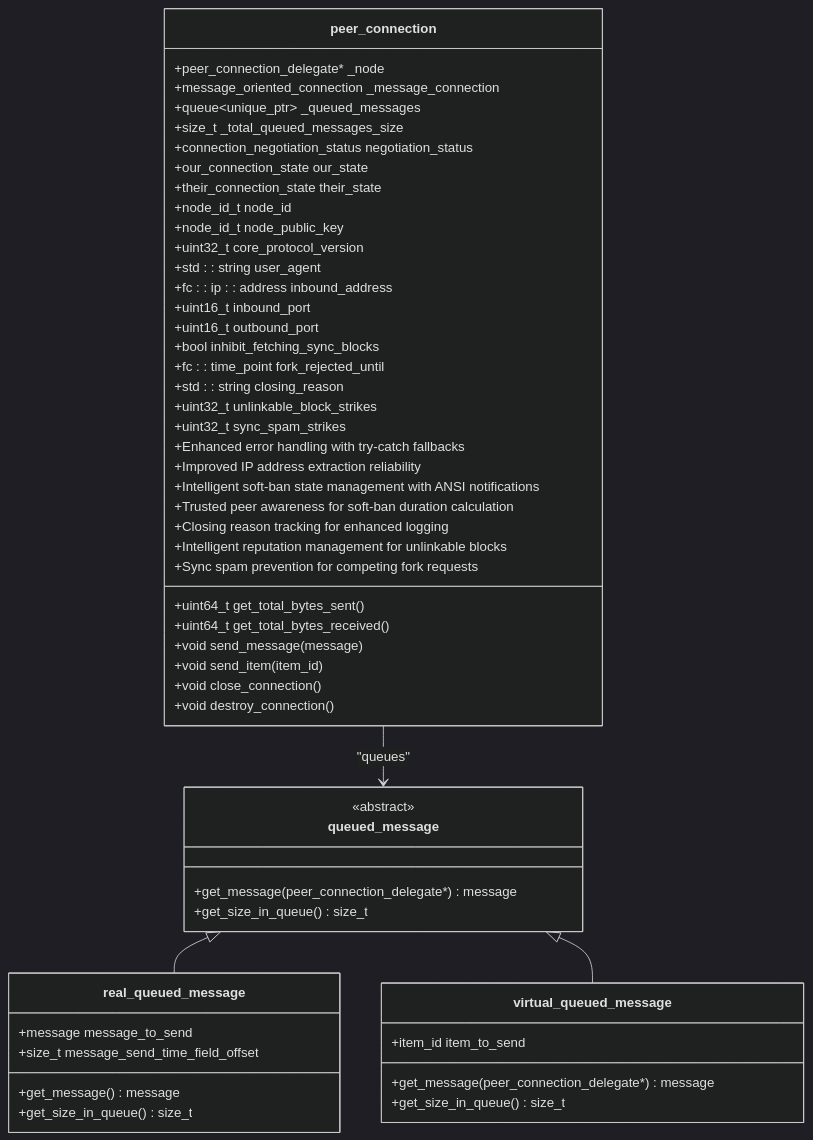
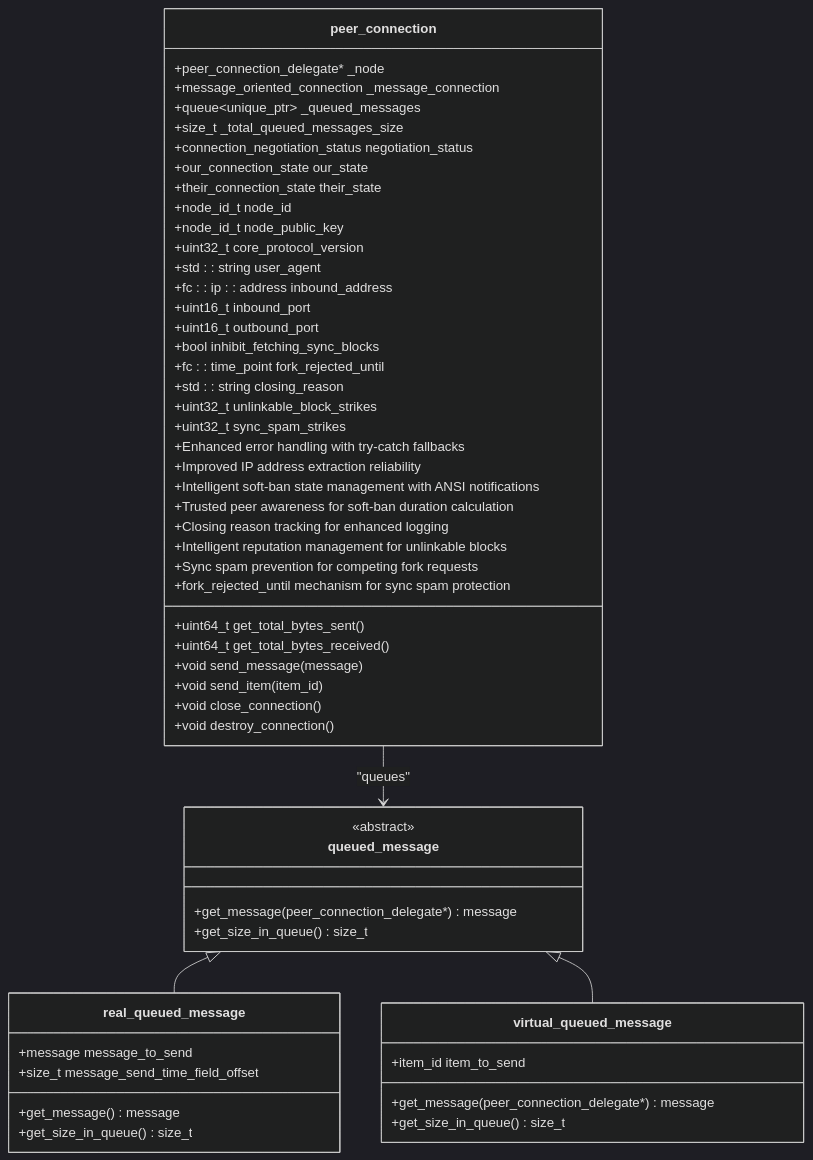
Before and after one commit to VIZ-Blockchain/viz-cpp-node: the third of 14 diagrams in .qoder/repowiki/en/content/Architecture Overview/Core Libraries/Network Library/Peer Connection Management.md, drawn with Mermaid (dark theme). The commit also changed other lines of this file and 2 other files, not shown here.

First line of the commit message:
feat(network): add sync spam prevention with fork_rejected_until mechanism

````diff
--- a/.qoder/repowiki/en/content/Architecture Overview/Core Libraries/Network Library/Peer Connection Management.md
+++ b/.qoder/repowiki/en/content/Architecture Overview/Core Libraries/Network Library/Peer Connection Management.md
@@ -246,56 +247,57 @@
 ```mermaid
 classDiagram
 class peer_connection {
 +peer_connection_delegate* _node
 +message_oriented_connection _message_connection
 +queue~unique_ptr~ _queued_messages
 +size_t _total_queued_messages_size
 +connection_negotiation_status negotiation_status
 +our_connection_state our_state
 +their_connection_state their_state
 +node_id_t node_id
 +node_id_t node_public_key
 +uint32_t core_protocol_version
 +std : : string user_agent
 +fc : : ip : : address inbound_address
 +uint16_t inbound_port
 +uint16_t outbound_port
 +bool inhibit_fetching_sync_blocks
 +fc : : time_point fork_rejected_until
 +std : : string closing_reason
 +uint32_t unlinkable_block_strikes
 +uint32_t sync_spam_strikes
 +uint64_t get_total_bytes_sent()
 +uint64_t get_total_bytes_received()
 +void send_message(message)
 +void send_item(item_id)
 +void close_connection()
 +void destroy_connection()
 +Enhanced error handling with try-catch fallbacks
 +Improved IP address extraction reliability
 +Intelligent soft-ban state management with ANSI notifications
 +Trusted peer awareness for soft-ban duration calculation
 +Closing reason tracking for enhanced logging
 +Intelligent reputation management for unlinkable blocks
 +Sync spam prevention for competing fork requests
++fork_rejected_until mechanism for sync spam protection
 }
 class queued_message {
 <<abstract>>
 +get_message(peer_connection_delegate*) message
 +get_size_in_queue() size_t
 }
 class real_queued_message {
 +message message_to_send
 +size_t message_send_time_field_offset
 +get_message() message
 +get_size_in_queue() size_t
 }
 class virtual_queued_message {
 +item_id item_to_send
 +get_message(peer_connection_delegate*) message
 +get_size_in_queue() size_t
 }
 peer_connection --> queued_message : "queues"
 queued_message <|-- real_queued_message
 queued_message <|-- virtual_queued_message
 ```
````
